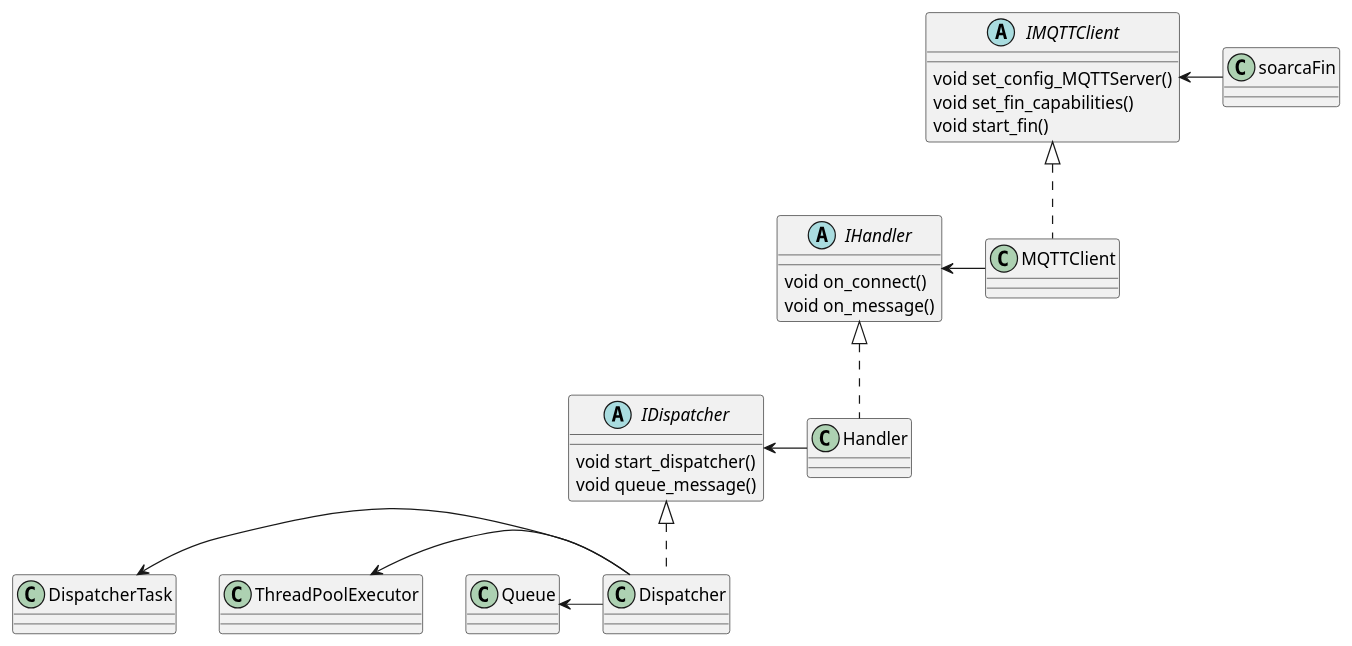
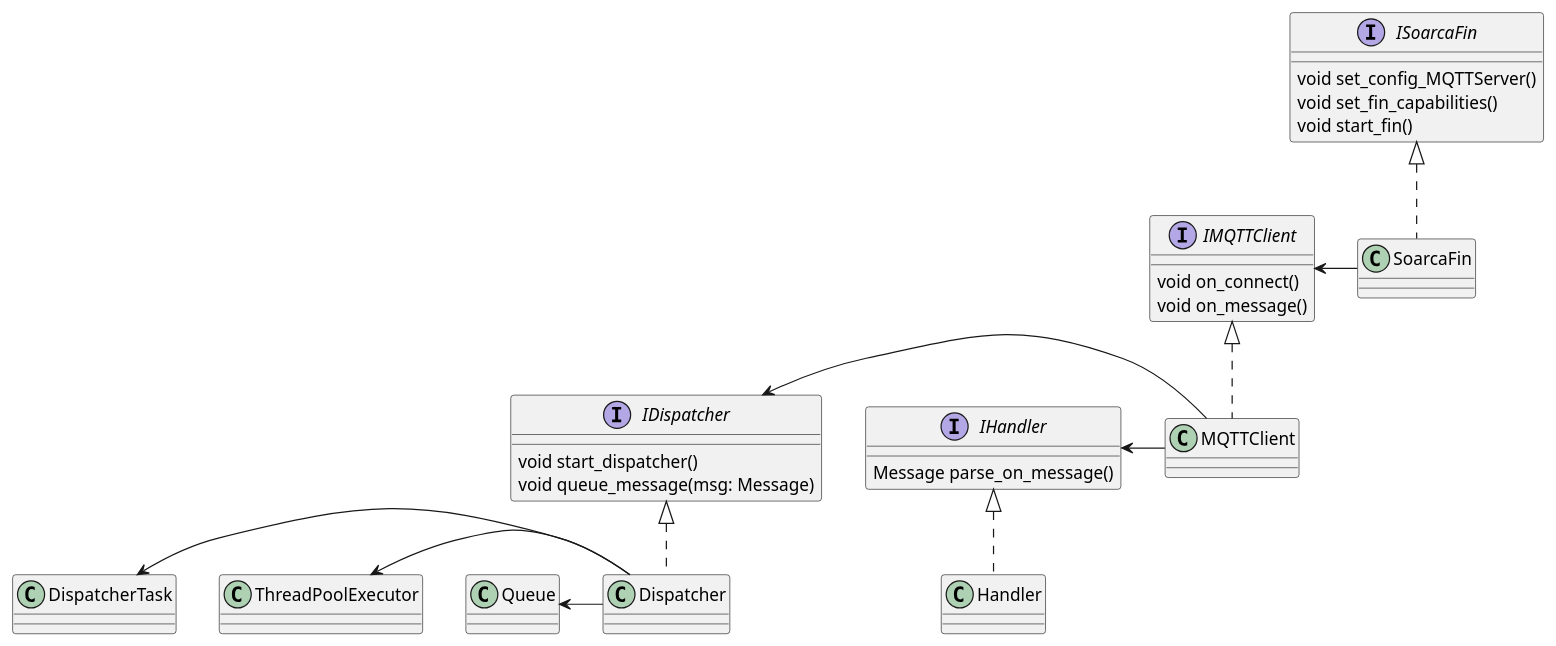
Before and after one commit to COSSAS/SOARCA-FIN-python-library: the diagram in img/class_overview.plantuml, drawn with PlantUML.

Commit message:
Update plantUML image

```diff
--- a/img/class_overview.plantuml
+++ b/img/class_overview.plantuml
@@ -1,38 +1,43 @@
 @startuml Soarca Fin
 
-abstract IHandler {
+interface IHandler {
+ Message parse_on_message()
+}
+
+interface IDispatcher {
+ void start_dispatcher()
+ void queue_message(msg: Message)
+}
+
+interface IMQTTClient {
  void on_connect()
  void on_message()
 }
 
-abstract IDispatcher {
- void start_dispatcher()
- void queue_message()
-}
-
-abstract IMQTTClient {
+interface ISoarcaFin {
  void set_config_MQTTServer()
  void set_fin_capabilities()
  void start_fin()
 }
 
-class soarcaFin
+class SoarcaFin
 class MQTTClient
 class Handler
 class Dispatcher
 class DispatcherTask
 class ThreadPoolExecutor
 class Queue
 
 IHandler <|.. Handler
 IDispatcher <|.. Dispatcher
 IMQTTClient <|.. MQTTClient
+ISoarcaFin <|.. SoarcaFin
 
-IMQTTClient <- soarcaFin
-IDispatcher <- Handler
+IMQTTClient <- SoarcaFin
+IDispatcher <- MQTTClient
 IHandler <- MQTTClient
 DispatcherTask <- Dispatcher
 ThreadPoolExecutor <- Dispatcher
 Queue <- Dispatcher
 
 @enduml
```
